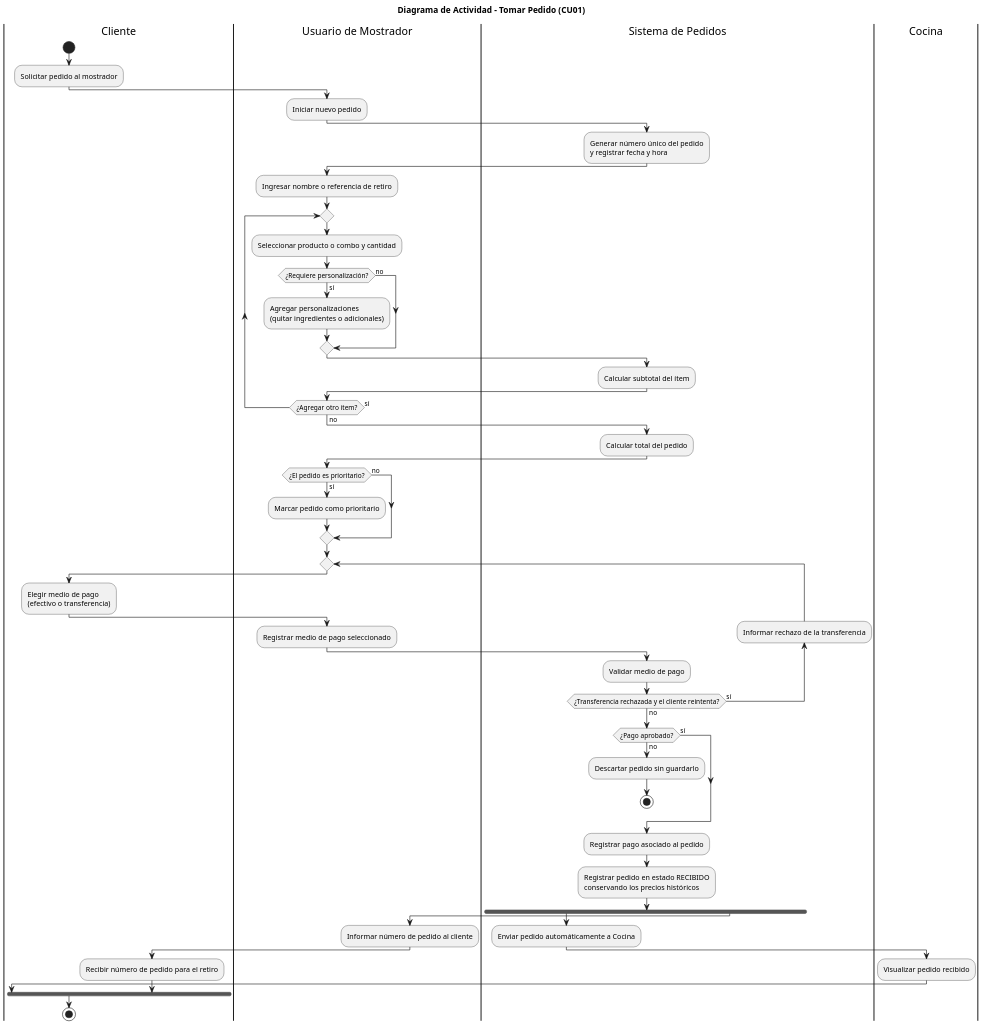
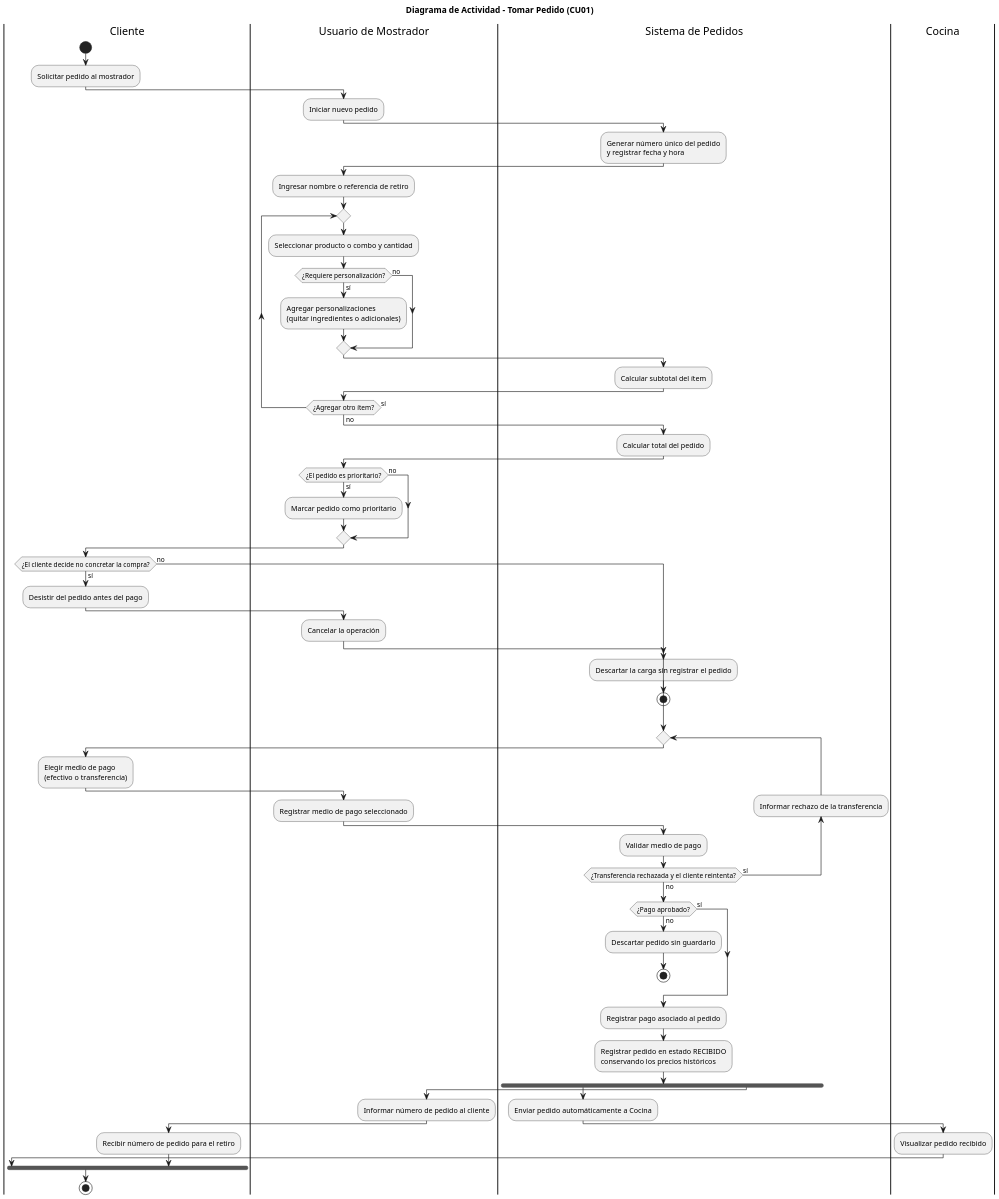
Before and after one commit to eloeyhe/SistemaPedidos: the diagram in diagramas/04-diagramas-actividades/04-actividad-tomar-pedido-01.puml, drawn with PlantUML. The commit also changed 5 other files, not shown here.

First line of the commit message:
Corrijo diagramas de actividades segun revision de la PR #190

```diff
--- a/diagramas/04-diagramas-actividades/04-actividad-tomar-pedido-01.puml
+++ b/diagramas/04-diagramas-actividades/04-actividad-tomar-pedido-01.puml
@@ -1,75 +1,86 @@
 @startuml 04-actividad-tomar-pedido-01
 skinparam dpi 150
 skinparam ArrowFontSize 11
 
 title Diagrama de Actividad - Tomar Pedido (CU01)
 
 |Cliente|
 start
 :Solicitar pedido al mostrador;
 
 |Usuario de Mostrador|
 :Iniciar nuevo pedido;
 
 |Sistema de Pedidos|
 :Generar número único del pedido
 y registrar fecha y hora;
 
 |Usuario de Mostrador|
 :Ingresar nombre o referencia de retiro;
 
 repeat
   :Seleccionar producto o combo y cantidad;
   if (¿Requiere personalización?) then (sí)
     :Agregar personalizaciones
     (quitar ingredientes o adicionales);
   else (no)
   endif
   |Sistema de Pedidos|
   :Calcular subtotal del ítem;
   |Usuario de Mostrador|
 repeat while (¿Agregar otro ítem?) is (sí) not (no)
 
 |Sistema de Pedidos|
 :Calcular total del pedido;
 
 |Usuario de Mostrador|
 if (¿El pedido es prioritario?) then (sí)
   :Marcar pedido como prioritario;
 else (no)
 endif
 
+|Cliente|
+if (¿El cliente decide no concretar la compra?) then (sí)
+  :Desistir del pedido antes del pago;
+  |Usuario de Mostrador|
+  :Cancelar la operación;
+  |Sistema de Pedidos|
+  :Descartar la carga sin registrar el pedido;
+  stop
+else (no)
+endif
+
 repeat
   |Cliente|
   :Elegir medio de pago
   (efectivo o transferencia);
   |Usuario de Mostrador|
   :Registrar medio de pago seleccionado;
   |Sistema de Pedidos|
   :Validar medio de pago;
 backward :Informar rechazo de la transferencia;
 repeat while (¿Transferencia rechazada y el cliente reintenta?) is (sí) not (no)
 
 if (¿Pago aprobado?) then (no)
   :Descartar pedido sin guardarlo;
   stop
 else (sí)
 endif
 
 :Registrar pago asociado al pedido;
 :Registrar pedido en estado RECIBIDO
 conservando los precios históricos;
 
 fork
   :Enviar pedido automáticamente a Cocina;
   |Cocina|
   :Visualizar pedido recibido;
 fork again
   |Usuario de Mostrador|
   :Informar número de pedido al cliente;
   |Cliente|
   :Recibir número de pedido para el retiro;
 end fork
 
 stop
 @enduml
```
